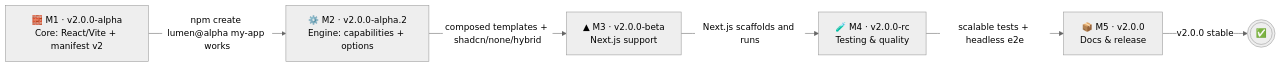
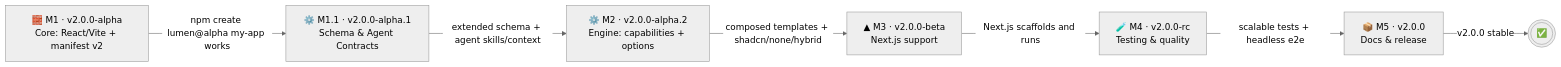
The first of 5 diagrams in docs/PLAN.md (LUMEN-SH/create-lumen), drawn with Mermaid (neutral theme) before and after one commit. The commit also changed other lines of this file and 5 other files, not shown here.

Commit message:
docs: add schema and agent contract evolution (M1.1) - update roadmap, plan, manifest contracts, manifest v2, README, and add ADR 0003

````diff
--- a/docs/PLAN.md
+++ b/docs/PLAN.md
@@ -12,14 +12,16 @@
 ```mermaid
 flowchart LR
     M1["🧱 M1 · v2.0.0-alpha<br/>Core: React/Vite + manifest v2"]
+    M1_1["⚙️ M1.1 · v2.0.0-alpha.1<br/>Schema & Agent Contracts"]
     M2["⚙️ M2 · v2.0.0-alpha.2<br/>Engine: capabilities + options"]
     M3["▲ M3 · v2.0.0-beta<br/>Next.js support"]
-    M4["🧪 M4 · v2.0.0-rc<br/>Testing &amp; quality"]
-    M5["📦 M5 · v2.0.0<br/>Docs &amp; release"]
+    M4["🧪 M4 · v2.0.0-rc<br/>Testing & quality"]
+    M5["📦 M5 · v2.0.0<br/>Docs & release"]
 
-    M1 -->|"npm create lumen@alpha my-app works"| M2
+    M1 -->|"npm create lumen@alpha my-app works"| M1_1
+    M1_1 -->|"extended schema + agent skills/context"| M2
     M2 -->|"composed templates + shadcn/none/hybrid"| M3
     M3 -->|"Next.js scaffolds and runs"| M4
     M4 -->|"scalable tests + headless e2e"| M5
     M5 -->|"v2.0.0 stable"| DONE(((✅)))
 ```
````
